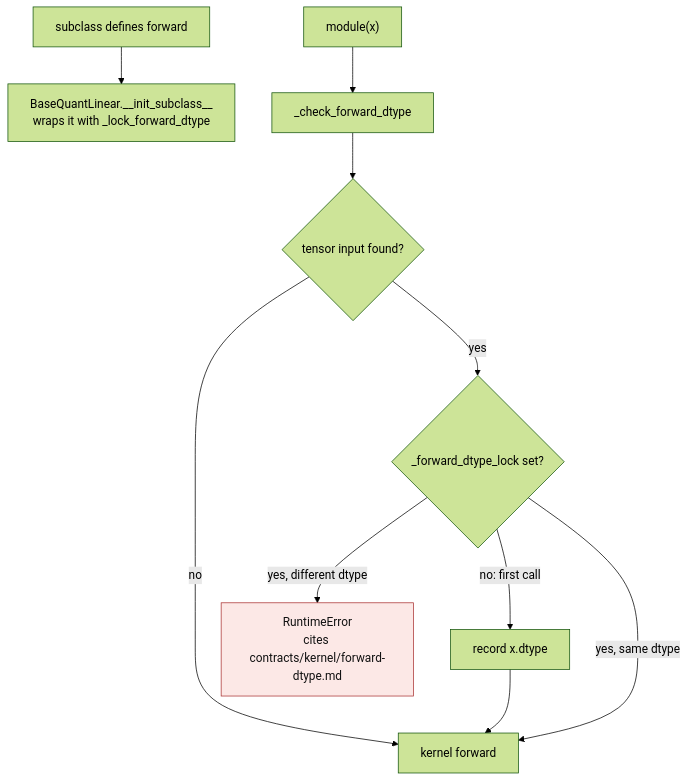
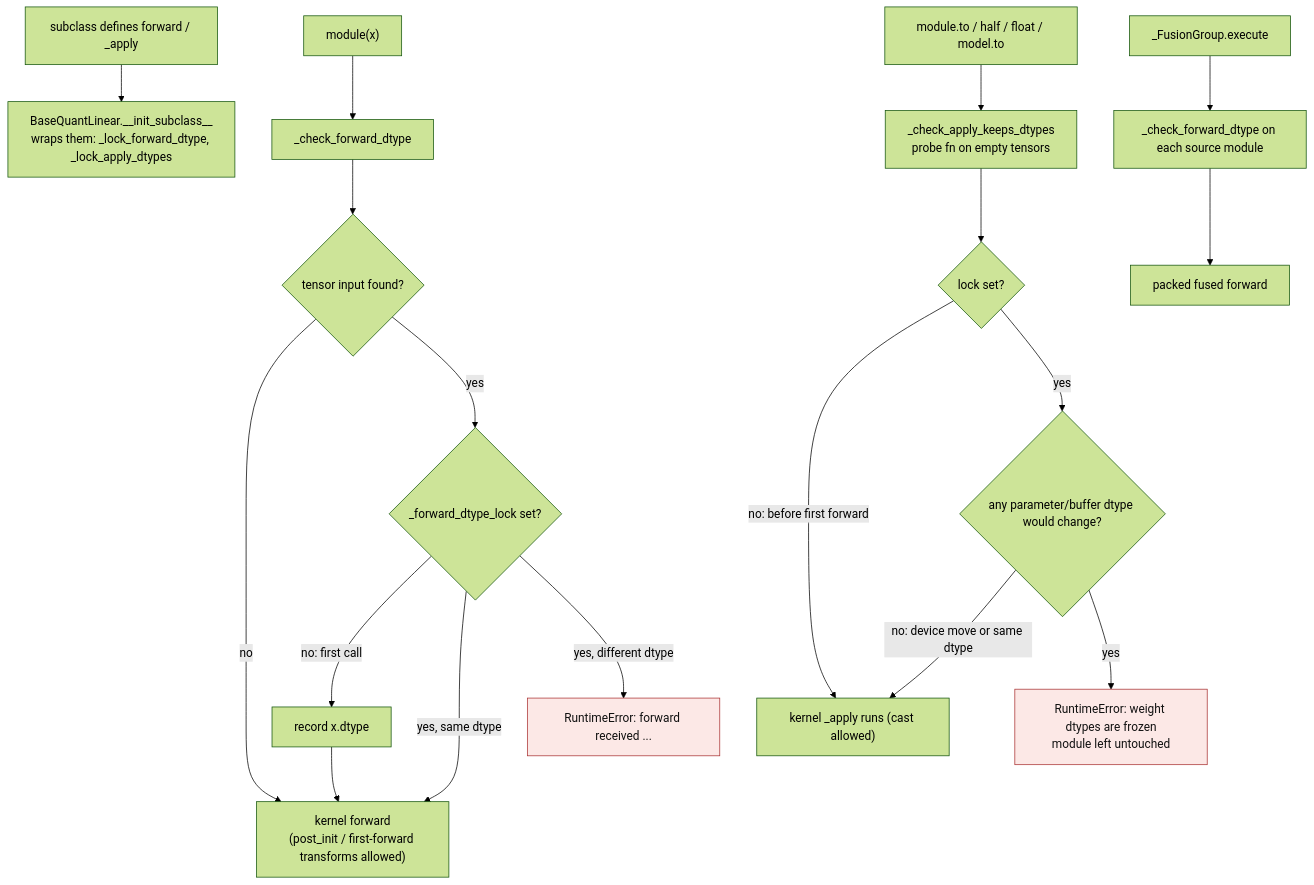
The diagram in docs/forward-dtype-lock.md (ModelCloud/GPTQModel), drawn with Mermaid (forest theme) before and after one commit. The commit also changed other lines of this file and 26 other files, not shown here.

First line of the commit message:
fix(kernels): freeze weight dtypes after the first forward; drop dtype-move code

````diff
--- a/docs/forward-dtype-lock.md
+++ b/docs/forward-dtype-lock.md
@@ -16,13 +18,24 @@
 ```mermaid
 flowchart TD
-    S["subclass defines forward"] --> W["BaseQuantLinear.__init_subclass__<br/>wraps it with _lock_forward_dtype"]
+    S["subclass defines forward / _apply"] --> W["BaseQuantLinear.__init_subclass__<br/>wraps them: _lock_forward_dtype, _lock_apply_dtypes"]
+
     C["module(x)"] --> K["_check_forward_dtype"]
     K --> T{"tensor input found?"}
-    T -- "no" --> F["kernel forward"]
+    T -- "no" --> F["kernel forward<br/>(post_init / first-forward transforms allowed)"]
     T -- "yes" --> L{"_forward_dtype_lock set?"}
     L -- "no: first call" --> R["record x.dtype"] --> F
     L -- "yes, same dtype" --> F
-    L -- "yes, different dtype" --> X["RuntimeError<br/>cites contracts/kernel/forward-dtype.md"]
+    L -- "yes, different dtype" --> X1["RuntimeError: forward received ..."]
+
+    A["module.to / half / float / model.to"] --> G["_check_apply_keeps_dtypes<br/>probe fn on empty tensors"]
+    G --> U{"lock set?"}
+    U -- "no: before first forward" --> P["kernel _apply runs (cast allowed)"]
+    U -- "yes" --> D{"any parameter/buffer dtype would change?"}
+    D -- "no: device move or same dtype" --> P
+    D -- "yes" --> X2["RuntimeError: weight dtypes are frozen<br/>module left untouched"]
+
+    FU["_FusionGroup.execute"] --> K2["_check_forward_dtype on each source module"] --> PF["packed fused forward"]
+
     classDef failure fill:#fce8e6,stroke:#a33,color:#111
-    class X failure
+    class X1,X2 failure
 ```
````
